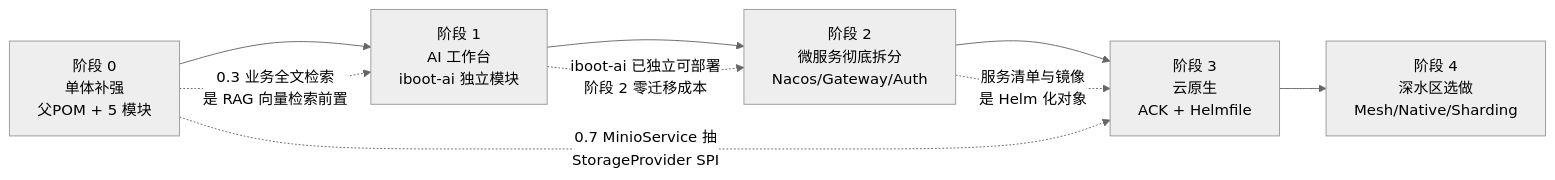
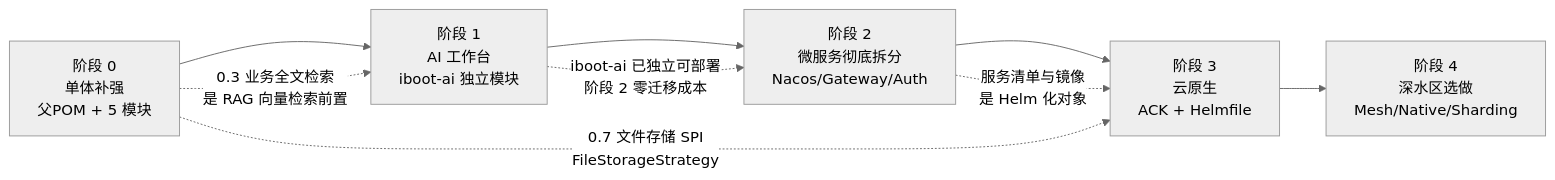
One commit to LamSpace/iboot changed the diagram in ROADMAP.md. Above: the diagram before and after it, drawn with Mermaid (neutral theme). The commit also changed other lines of this file, not shown here.

Commit message:
docs: mark roadmap 0.7 as completed

````diff
--- a/ROADMAP.md
+++ b/ROADMAP.md
@@ -130,15 +130,15 @@
 ```mermaid
 graph LR
     P0["阶段 0<br/>单体补强<br/>父POM + 5 模块"]
     P1["阶段 1<br/>AI 工作台<br/>iboot-ai 独立模块"]
     P2["阶段 2<br/>微服务彻底拆分<br/>Nacos/Gateway/Auth"]
     P3["阶段 3<br/>云原生<br/>ACK + Helmfile"]
     P4["阶段 4<br/>深水区选做<br/>Mesh/Native/Sharding"]
 
     P0 --> P1 --> P2 --> P3 --> P4
 
     P0 -. "0.3 业务全文检索<br/>是 RAG 向量检索前置" .-> P1
-    P0 -. "0.7 MinioService 抽<br/>StorageProvider SPI" .-> P3
+    P0 -. "0.7 文件存储 SPI<br/>FileStorageStrategy" .-> P3
     P1 -. "iboot-ai 已独立可部署<br/>阶段 2 零迁移成本" .-> P2
     P2 -. "服务清单与镜像<br/>是 Helm 化对象" .-> P3
 ```
````
